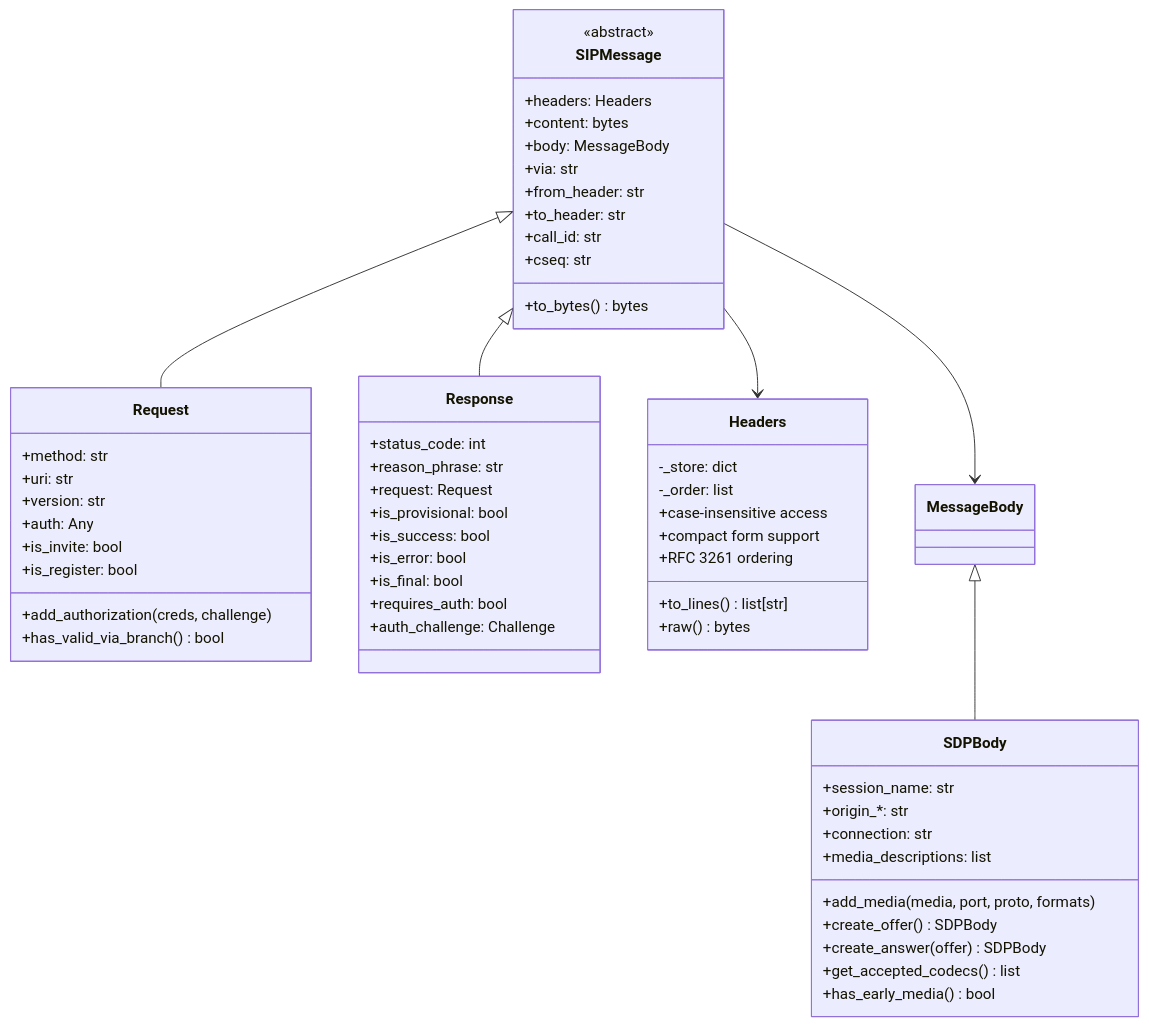
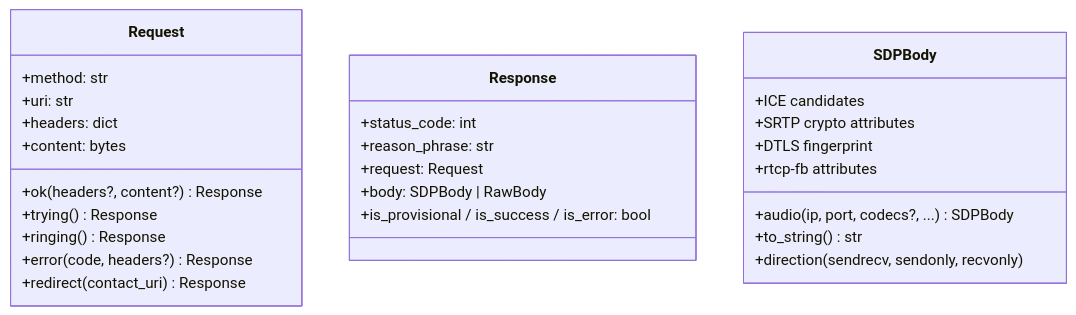
One commit to oornnery/sipx changed the fourth of 9 diagrams in docs/SDD.md. Above: the diagram before and after it, drawn with Mermaid. The commit also changed other lines of this file and 18 other files, not shown here.

````diff
--- a/docs/SDD.md
+++ b/docs/SDD.md
@@ -322,66 +472,32 @@
 ```mermaid
 classDiagram
-    class SIPMessage {
-        <<abstract>>
-        +headers: Headers
-        +content: bytes
-        +body: MessageBody
-        +to_bytes() bytes
-        +via: str
-        +from_header: str
-        +to_header: str
-        +call_id: str
-        +cseq: str
-    }
-
     class Request {
         +method: str
         +uri: str
-        +version: str
-        +auth: Any
-        +is_invite: bool
-        +is_register: bool
-        +add_authorization(creds, challenge)
-        +has_valid_via_branch() bool
+        +headers: dict
+        +content: bytes
+        +ok(headers?, content?) Response
+        +trying() Response
+        +ringing() Response
+        +error(code, headers?) Response
+        +redirect(contact_uri) Response
     }
 
     class Response {
         +status_code: int
         +reason_phrase: str
         +request: Request
-        +is_provisional: bool
-        +is_success: bool
-        +is_error: bool
-        +is_final: bool
-        +requires_auth: bool
-        +auth_challenge: Challenge
-    }
-
-    class Headers {
-        -_store: dict
-        -_order: list
-        +case-insensitive access
-        +compact form support
-        +RFC 3261 ordering
-        +to_lines() list[str]
-        +raw() bytes
+        +body: SDPBody | RawBody
+        +is_provisional / is_success / is_error: bool
     }
 
     class SDPBody {
-        +session_name: str
-        +origin_*: str
-        +connection: str
-        +media_descriptions: list
-        +add_media(media, port, proto, formats)
-        +create_offer() SDPBody
-        +create_answer(offer) SDPBody
-        +get_accepted_codecs() list
-        +has_early_media() bool
+        +audio(ip, port, codecs?, ...) SDPBody
+        +to_string() str
+        +ICE candidates
+        +SRTP crypto attributes
+        +DTLS fingerprint
+        +rtcp-fb attributes
+        +direction (sendrecv, sendonly, recvonly)
     }
-
-    SIPMessage <|-- Request
-    SIPMessage <|-- Response
-    SIPMessage --> Headers
-    SIPMessage --> MessageBody
-    MessageBody <|-- SDPBody
 ```
````
